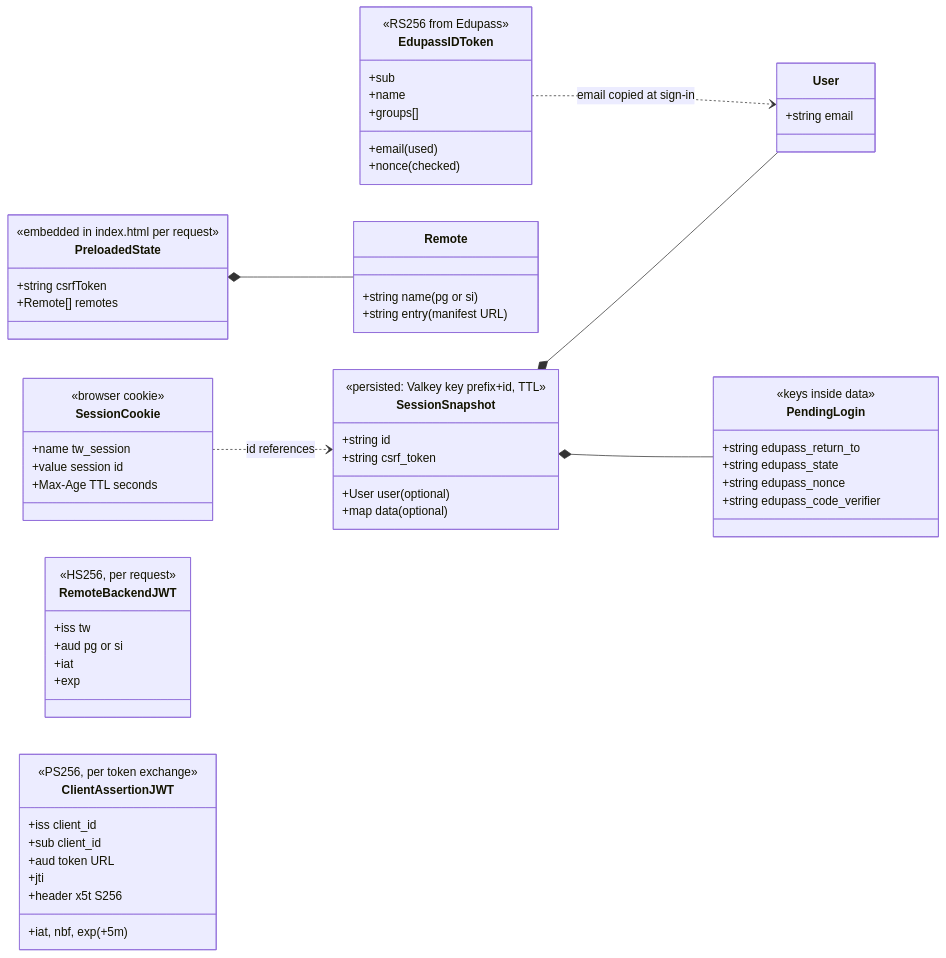
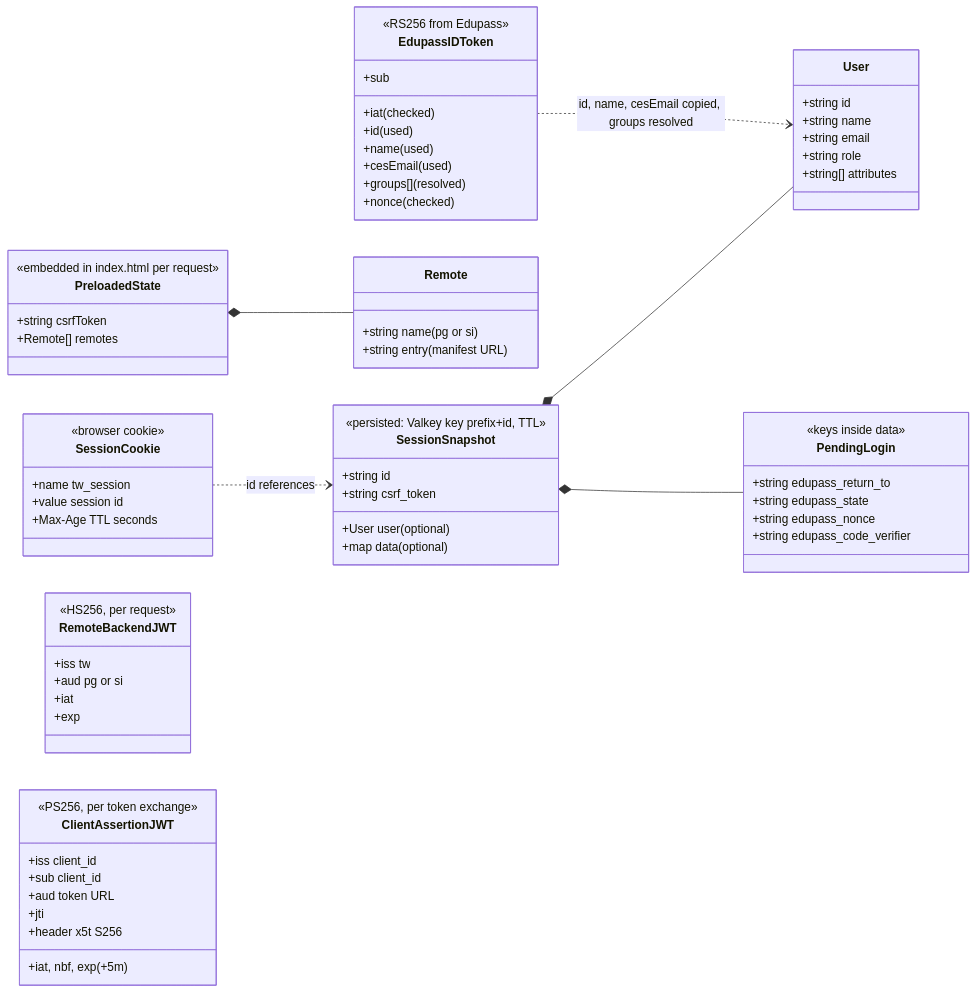
One commit to fatin-suhaimi/teacher-workspace changed the first of 2 diagrams in docs/engineering-onboarding/06-data-model.md. Above: the diagram before and after it, drawn with Mermaid. The commit also changed other lines of this file and 25 other files, not shown here.

````diff
--- a/docs/engineering-onboarding/06-data-model.md
+++ b/docs/engineering-onboarding/06-data-model.md
@@ -11,65 +11,71 @@
 ```mermaid
 classDiagram
     direction LR
     class SessionSnapshot {
         <<persisted: Valkey key prefix+id, TTL>>
         +string id
         +string csrf_token
         +User user (optional)
         +map data (optional)
     }
     class User {
+        +string id
+        +string name
         +string email
+        +string role
+        +string[] attributes
     }
     class PendingLogin {
         <<keys inside data>>
         +string edupass_return_to
         +string edupass_state
         +string edupass_nonce
         +string edupass_code_verifier
     }
     class SessionCookie {
         <<browser cookie>>
         +name tw_session
         +value session id
         +Max-Age TTL seconds
     }
     class PreloadedState {
         <<embedded in index.html per request>>
         +string csrfToken
         +Remote[] remotes
     }
     class Remote {
         +string name (pg or si)
         +string entry (manifest URL)
     }
     class RemoteBackendJWT {
         <<HS256, per request>>
         +iss tw
         +aud pg or si
         +iat
         +exp
     }
     class ClientAssertionJWT {
         <<PS256, per token exchange>>
         +iss client_id
         +sub client_id
         +aud token URL
         +jti
         +iat, nbf, exp (+5m)
         +header x5t S256
     }
     class EdupassIDToken {
         <<RS256 from Edupass>>
         +sub
-        +email (used)
-        +name
-        +groups[]
+        +iat (checked)
+        +id (used)
+        +name (used)
+        +cesEmail (used)
+        +groups[] (resolved)
         +nonce (checked)
     }
     SessionSnapshot *-- User
     SessionSnapshot *-- PendingLogin
     SessionCookie ..> SessionSnapshot : id references
     PreloadedState *-- Remote
-    EdupassIDToken ..> User : email copied at sign-in
+    EdupassIDToken ..> User : id, name, cesEmail copied, groups resolved
 ```
````
